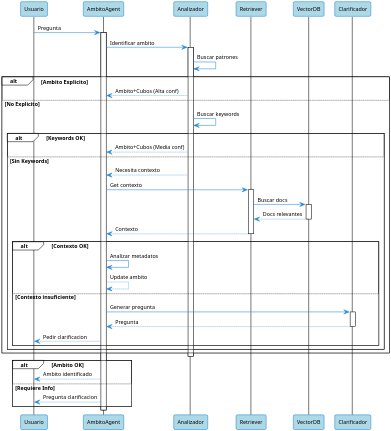
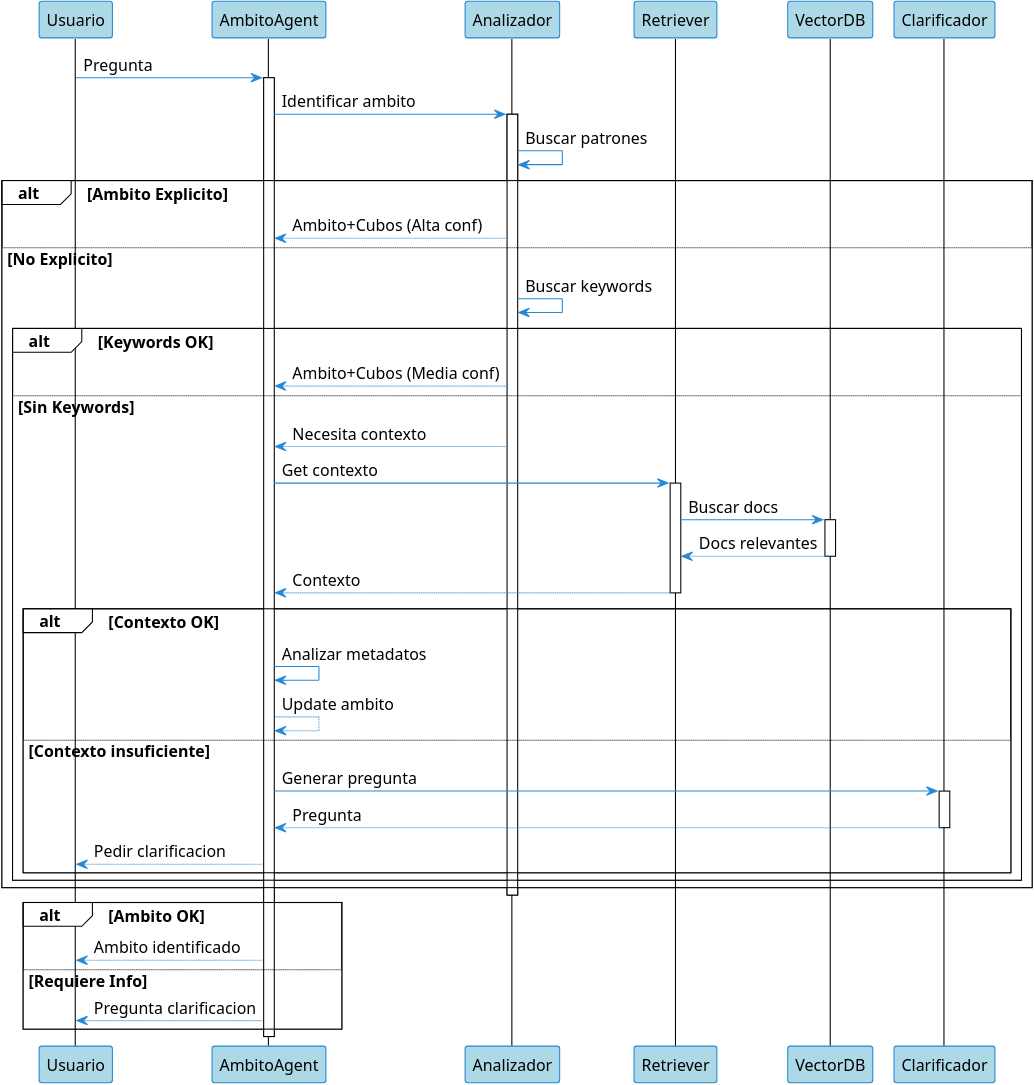
One commit to carloss4dv/langagent changed the diagram in diagrams/ambito_agent_secuencia.puml. Above: the diagram before and after it, drawn with PlantUML. The commit also changed 68 other files, not shown here.

```diff
--- a/diagrams/ambito_agent_secuencia.puml
+++ b/diagrams/ambito_agent_secuencia.puml
@@ -1,79 +1,79 @@
-@startuml "Identificacion de Ambitos y Cubos"
+@startuml 
 !theme plain
 skinparam {
-    dpi 300
+    dpi 600
     shadowing false
     backgroundColor transparent
     defaultFontName "Arial"
-    defaultFontSize 10
+    defaultFontSize 15
     sequenceArrowThickness 1
     sequenceParticipant {
         padding 5
     }
     sequence {
         participantBorderColor #2688d4
         participantBackgroundColor #add8e6
         actorBorderColor #2688d4
         actorBackgroundColor #ffdead
     }
     arrow {
         color #2688d4
     }
 }
 
 participant "Usuario" as User
 participant "AmbitoAgent" as Agent
 participant "Analizador" as Analyzer
 participant "Retriever" as Ret
 participant "VectorDB" as DB
 participant "Clarificador" as Clarifier
 
 User -> Agent: Pregunta
 activate Agent
 
 Agent -> Analyzer: Identificar ambito
 activate Analyzer
 
 Analyzer -> Analyzer: Buscar patrones
 alt Ambito Explicito
     Analyzer --> Agent: Ambito+Cubos (Alta conf)
 else No Explicito
     Analyzer -> Analyzer: Buscar keywords
     alt Keywords OK
         Analyzer --> Agent: Ambito+Cubos (Media conf)
     else Sin Keywords
         Analyzer --> Agent: Necesita contexto
         
         Agent -> Ret: Get contexto
         activate Ret
         Ret -> DB: Buscar docs
         activate DB
         DB --> Ret: Docs relevantes
         deactivate DB
         Ret --> Agent: Contexto
         deactivate Ret
         
         alt Contexto OK
             Agent -> Agent: Analizar metadatos
             Agent --> Agent: Update ambito
         else Contexto insuficiente
             Agent -> Clarifier: Generar pregunta
             activate Clarifier
             Clarifier --> Agent: Pregunta
             deactivate Clarifier
             Agent --> User: Pedir clarificacion
         end
     end
 end
 
 deactivate Analyzer
 
 alt Ambito OK
     Agent --> User: Ambito identificado
 else Requiere Info
     Agent --> User: Pregunta clarificacion
 end
 
 deactivate Agent
 
 @enduml
```
